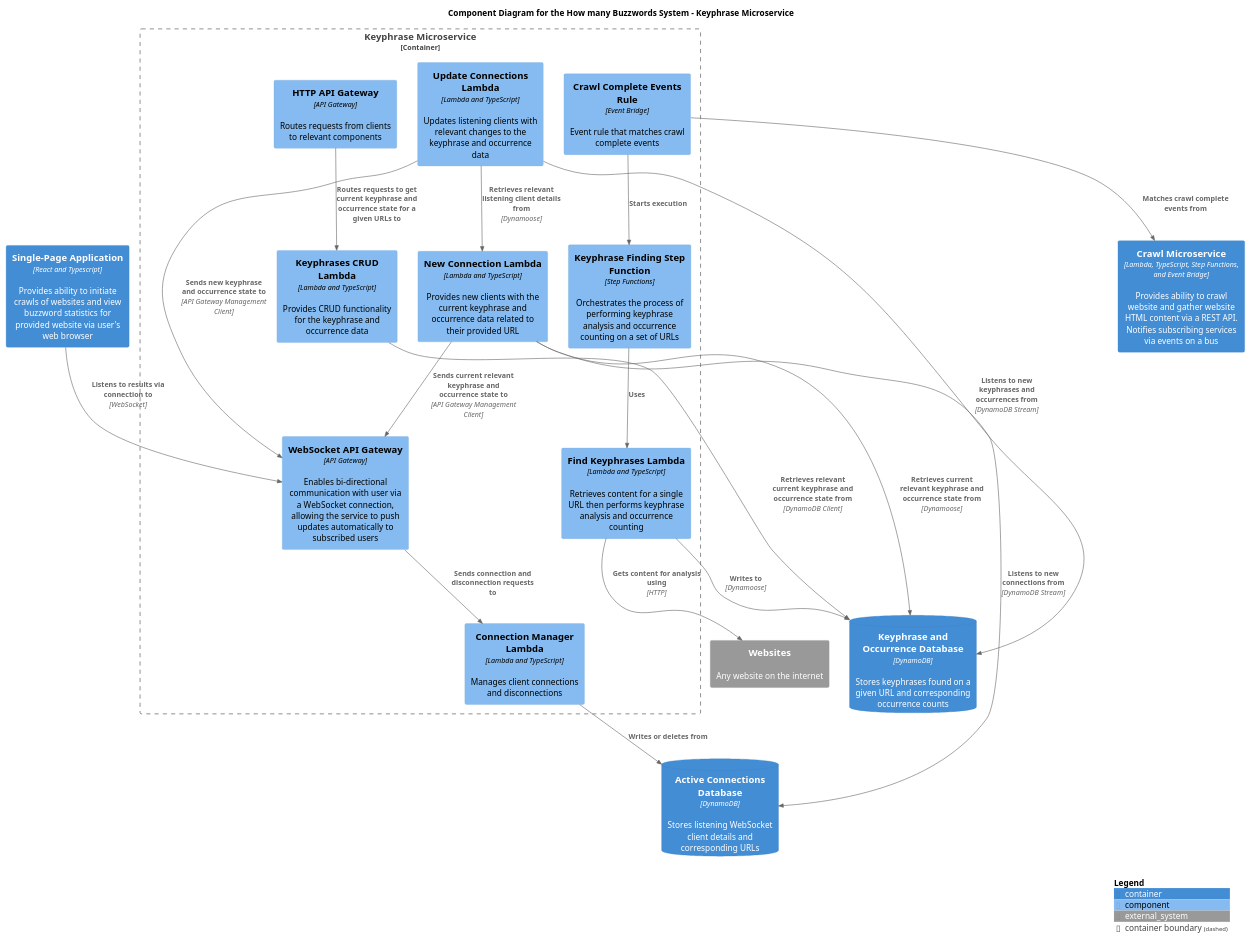
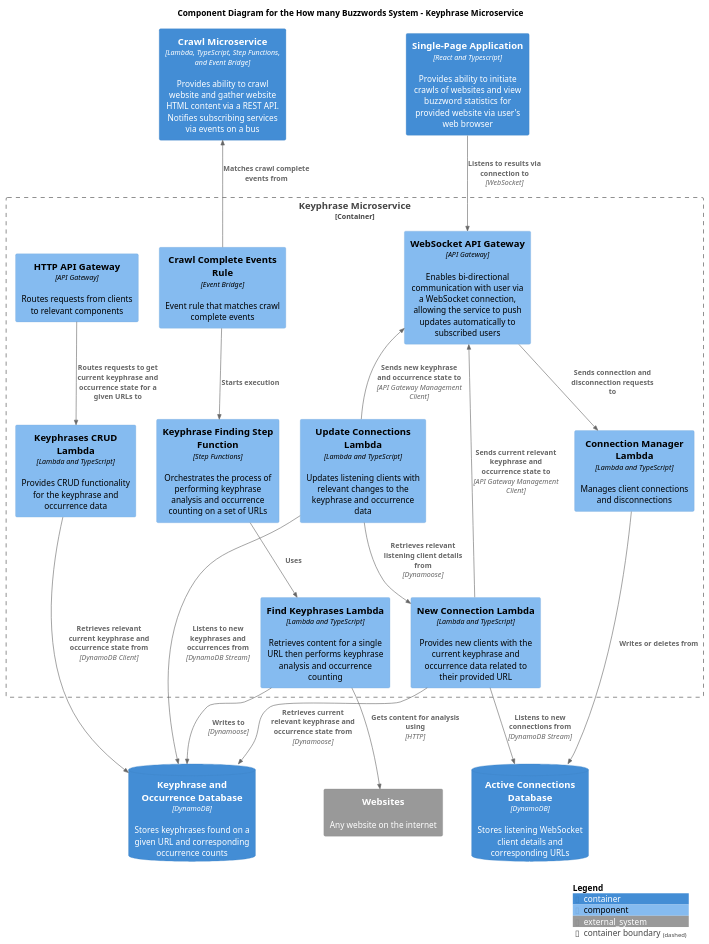
Before and after one commit to ashley-evans/how-many-buzzwords: the diagram in docs/c4-diagrams/buzzword-c4-component-keyphrase-microservice.puml, drawn with PlantUML.

Commit message:
Update microservice keyphrase diagram to improve relationship formatting for readability

```diff
--- a/docs/c4-diagrams/buzzword-c4-component-keyphrase-microservice.puml
+++ b/docs/c4-diagrams/buzzword-c4-component-keyphrase-microservice.puml
@@ -1,55 +1,55 @@
 @startuml Buzzword C4 Component Diagram
 
 !include https://raw.githubusercontent.com/plantuml-stdlib/C4-PlantUML/master/C4_Component.puml
 
 title Component Diagram for the How many Buzzwords System - Keyphrase Microservice
 
 Container(single_page_application, "Single-Page Application", "React and Typescript", $descr="Provides ability to initiate crawls of websites and view buzzword statistics for provided website via user's web browser")
 Container(crawl_microservice, "Crawl Microservice", "Lambda, TypeScript, Step Functions, and Event Bridge", $descr="Provides ability to crawl website and gather website HTML content via a REST API. Notifies subscribing services via events on a bus")
 
 Container_Boundary(keyphrase_microservice_boundary, "Keyphrase Microservice") {
     Component(http_api_gateway, "HTTP API Gateway", "API Gateway", "Routes requests from clients to relevant components")
     Component(ws_api_gateway, "WebSocket API Gateway", "API Gateway", "Enables bi-directional communication with user via a WebSocket connection, allowing the service to push updates automatically to subscribed users")
     Component(step_function, "Keyphrase Finding Step Function", "Step Functions", "Orchestrates the process of performing keyphrase analysis and occurrence counting on a set of URLs")
     Component(find_keyphrases_lambda, "Find Keyphrases Lambda", "Lambda and TypeScript", "Retrieves content for a single URL then performs keyphrase analysis and occurrence counting")
     Component(crud_lambda, "Keyphrases CRUD Lambda", "Lambda and TypeScript", "Provides CRUD functionality for the keyphrase and occurrence data")
     Component(update_connections_lambda, "Update Connections Lambda", "Lambda and TypeScript", "Updates listening clients with relevant changes to the keyphrase and occurrence data")
     Component(new_connection_lambda, "New Connection Lambda", "Lambda and TypeScript", "Provides new clients with the current keyphrase and occurrence data related to their provided URL")
     Component(connection_manager_lambda, "Connection Manager Lambda", "Lambda and TypeScript", "Manages client connections and disconnections")
     Component(crawl_complete_subscription, "Crawl Complete Events Rule", "Event Bridge", "Event rule that matches crawl complete events")
 }
 
 ContainerDb(keyphrase_db, "Keyphrase and Occurrence Database", "DynamoDB", "Stores keyphrases found on a given URL and corresponding occurrence counts")
 ContainerDb(active_connections_db, "Active Connections Database", "DynamoDB", "Stores listening WebSocket client details and corresponding URLs")
 
 System_Ext(websites, "Websites", "Any website on the internet")
 
 Rel(http_api_gateway, crud_lambda, "Routes requests to get current keyphrase and occurrence state for a given URLs to")
 
 Rel(crud_lambda, keyphrase_db, "Retrieves relevant current keyphrase and occurrence state from", "DynamoDB Client")
 
-Rel(single_page_application, ws_api_gateway, "Listens to results via connection to", "WebSocket")
+Rel_D(single_page_application, ws_api_gateway, "Listens to results via connection to", "WebSocket")
 
 Rel(ws_api_gateway, connection_manager_lambda, "Sends connection and disconnection requests to")
 
 Rel(connection_manager_lambda, active_connections_db, "Writes or deletes from")
 
 Rel(new_connection_lambda, active_connections_db, "Listens to new connections from", "DynamoDB Stream")
 Rel(new_connection_lambda, keyphrase_db, "Retrieves current relevant keyphrase and occurrence state from", "Dynamoose")
-Rel(new_connection_lambda, ws_api_gateway, "Sends current relevant keyphrase and occurrence state to",  "API Gateway Management Client")
+Rel_U(new_connection_lambda, ws_api_gateway, "Sends current relevant keyphrase and occurrence state to",  "API Gateway Management Client")
 
-Rel(crawl_complete_subscription, crawl_microservice, "Matches crawl complete events from")
+Rel_U(crawl_complete_subscription, crawl_microservice, "Matches crawl complete events from")
 Rel(crawl_complete_subscription, step_function, "Starts execution")
 
 Rel(step_function, find_keyphrases_lambda, "Uses")
 
 Rel(find_keyphrases_lambda, keyphrase_db, "Writes to", "Dynamoose")
 Rel(find_keyphrases_lambda, websites, "Gets content for analysis using", "HTTP")
 
 Rel(update_connections_lambda, keyphrase_db, "Listens to new keyphrases and occurrences from", "DynamoDB Stream")
 Rel(update_connections_lambda, new_connection_lambda, "Retrieves relevant listening client details from", "Dynamoose")
-Rel(update_connections_lambda, ws_api_gateway, "Sends new keyphrase and occurrence state to", "API Gateway Management Client")
+Rel_U(update_connections_lambda, ws_api_gateway, "Sends new keyphrase and occurrence state to", "API Gateway Management Client")
 
 SHOW_LEGEND()
 
 @enduml
```
